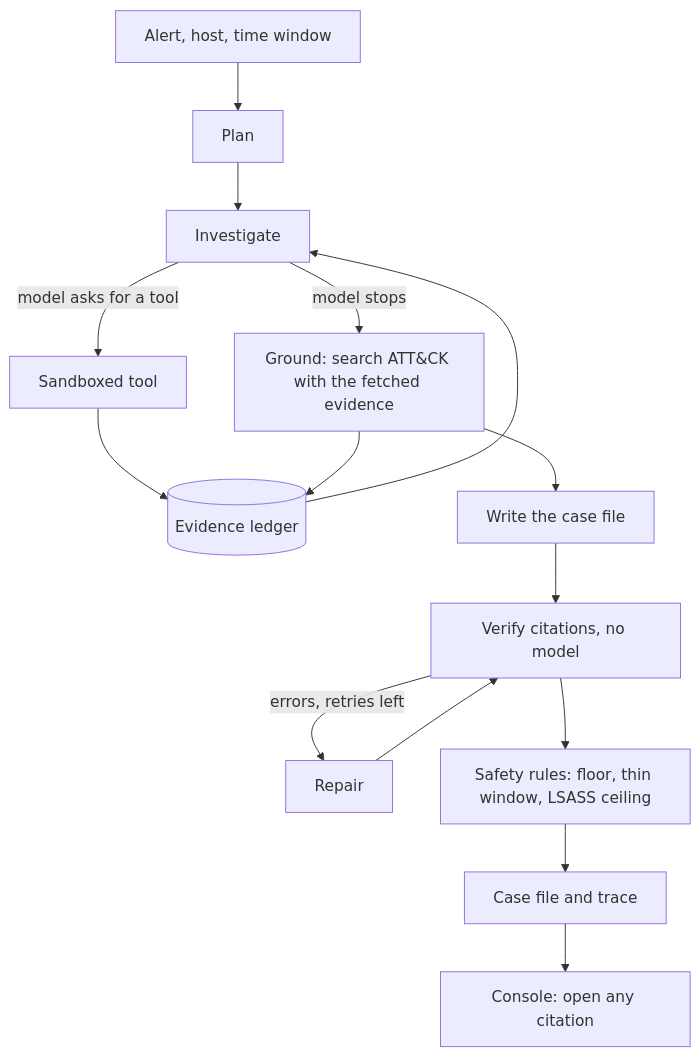
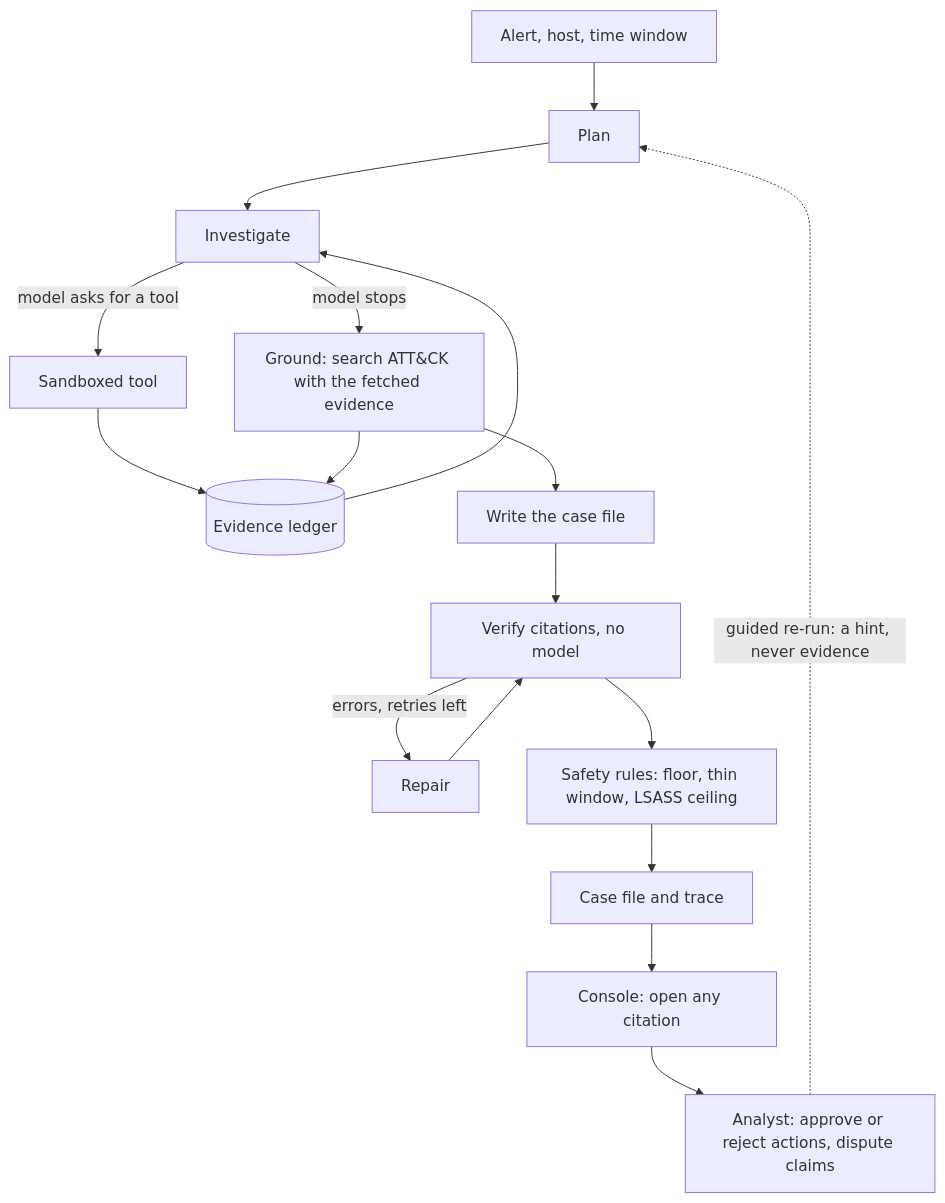
The diagram in README.md (Deimos2002/alert2attack-agent), drawn with Mermaid before and after one commit. The commit also changed other lines of this file, not shown here.

````diff
--- a/README.md
+++ b/README.md
@@ -107,17 +110,19 @@
 ```mermaid
 flowchart TD
     A[Alert, host, time window] --> P[Plan]
     P --> I[Investigate]
     I -->|model asks for a tool| T[Sandboxed tool]
     T --> L[(Evidence ledger)]
     L --> I
     I -->|model stops| G[Ground: search ATT&CK with the fetched evidence]
     G --> L
     G --> W[Write the case file]
     W --> V[Verify citations, no model]
     V -->|errors, retries left| R[Repair]
     R --> V
     V --> S[Safety rules: floor, thin window, LSASS ceiling]
     S --> O[Case file and trace]
     O --> C[Console: open any citation]
+    C --> H[Analyst: approve or reject actions, dispute claims]
+    H -.->|guided re-run: a hint, never evidence| P
 ```
````
